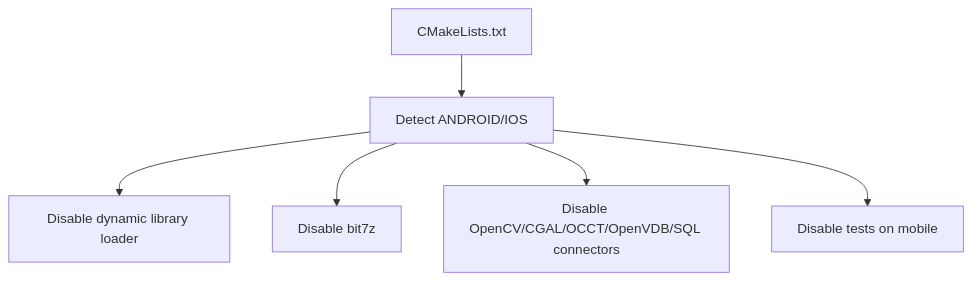
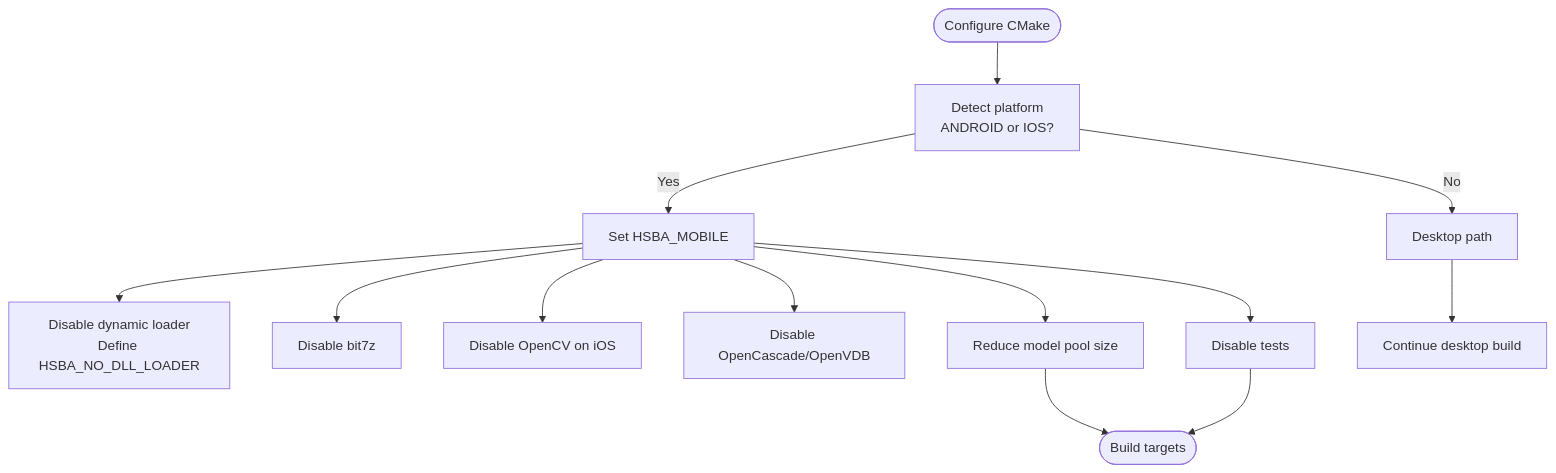
Before and after one commit to hsmbanlance/HsBaSlicer: the fifth of 7 diagrams in .qoder/repowiki/en/content/Integration Guide/Mobile Platform Integration/Mobile Platform Integration.md, drawn with Mermaid. The commit also changed other lines of this file and 1095 other files, not shown here.

````diff
--- a/.qoder/repowiki/en/content/Integration Guide/Mobile Platform Integration/Mobile Platform Integration.md
+++ b/.qoder/repowiki/en/content/Integration Guide/Mobile Platform Integration/Mobile Platform Integration.md
@@ -365,8 +241,15 @@
 ```mermaid
-graph TB
-CMake["CMakeLists.txt"] --> Detect["Detect ANDROID/IOS"]
-Detect --> DisableDLL["Disable dynamic library loader"]
-Detect --> DisableBit7z["Disable bit7z"]
-Detect --> DisableFeatures["Disable OpenCV/CGAL/OCCT/OpenVDB/SQL connectors"]
-Detect --> DisableTests["Disable tests on mobile"]
+flowchart TD
+Start(["Configure CMake"]) --> Detect["Detect platform<br/>ANDROID or IOS?"]
+Detect --> |Yes| Mobile["Set HSBA_MOBILE"]
+Detect --> |No| Desktop["Desktop path"]
+Mobile --> DisableLoader["Disable dynamic loader<br/>Define HSBA_NO_DLL_LOADER"]
+Mobile --> DisableBit7z["Disable bit7z"]
+Mobile --> DisableOpenCV["Disable OpenCV on iOS"]
+Mobile --> DisableCAD["Disable OpenCascade/OpenVDB"]
+Mobile --> ReducePool["Reduce model pool size"]
+Mobile --> DisableTests["Disable tests"]
+Desktop --> Continue["Continue desktop build"]
+ReducePool --> End(["Build targets"])
+DisableTests --> End
 ```
````
